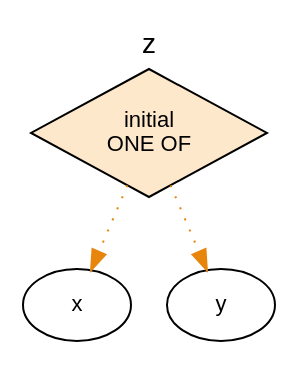
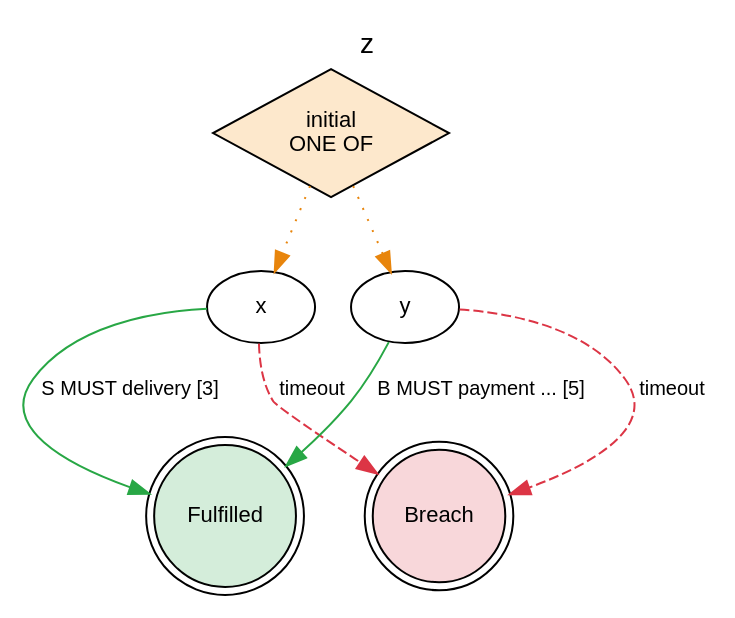
The diagram in jl4/examples/state-graphs/z.dot (legalese/l4-ide), drawn with Graphviz before and after one commit. The commit also changed 35 other files, not shown here.

First line of the commit message:
state-graphs: regenerate every diagram against unstable e2f4a71f (post #395/#399/#401/#407/#411/#412)

```diff
--- a/jl4/examples/state-graphs/z.dot
+++ b/jl4/examples/state-graphs/z.dot
@@ -1,32 +1,54 @@
 digraph {
     graph [rankdir=TB
           ,label=z
           ,labelloc=t
           ,fontname=Helvetica
           ,fontsize=14];
     node [fontname=Helvetica
          ,fontsize=11];
     edge [fontname=Helvetica
          ,fontsize=10];
     0 [label="initial\nONE OF"
       ,fillcolor=white
       ,style=filled
       ,shape=diamond
       ,fillcolor="#fde8cc"];
     1 [label=x
       ,fillcolor=white
       ,style=filled
       ,shape=ellipse
       ,fillcolor="#ffffff"];
-    2 [label=y
+    2 [label=Fulfilled
+      ,fillcolor=white
+      ,style=filled
+      ,shape=doublecircle
+      ,fillcolor="#d4edda"];
+    3 [label=Breach
+      ,fillcolor=white
+      ,style=filled
+      ,shape=doublecircle
+      ,fillcolor="#f8d7da"];
+    4 [label=y
       ,fillcolor=white
       ,style=filled
       ,shape=ellipse
       ,fillcolor="#ffffff"];
     0 -> 1 [label=""
            ,color="#e8850c"
            ,style=dotted];
-    0 -> 2 [label=""
+    0 -> 4 [label=""
            ,color="#e8850c"
            ,style=dotted];
+    1 -> 2 [label="S MUST delivery [3]"
+           ,color="#28a745"
+           ,style=solid];
+    1 -> 3 [label=timeout
+           ,color="#dc3545"
+           ,style=dashed];
+    4 -> 2 [label="B MUST payment ... [5]"
+           ,color="#28a745"
+           ,style=solid];
+    4 -> 3 [label=timeout
+           ,color="#dc3545"
+           ,style=dashed];
 }
```
